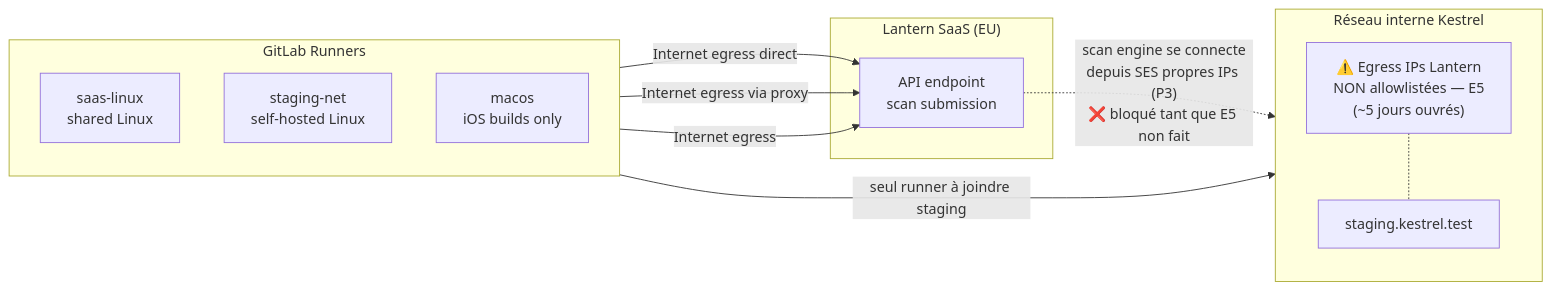
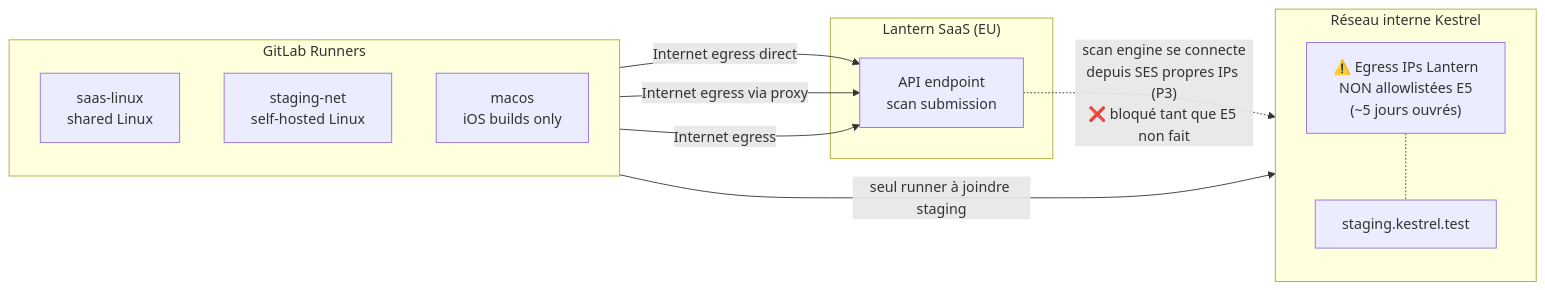
Before and after one commit to Ayoub-glitsh/lantern-kestrel-presales-assessment: the third of 6 diagrams in integration_design.md, drawn with Mermaid. The commit also changed other lines of this file, not shown here.

````diff
--- a/integration_design.md
+++ b/integration_design.md
@@ -149,29 +149,29 @@
 ```mermaid
     flowchart LR
     subgraph RUNNERS["GitLab Runners"]
         direction TB
         SL["saas-linux<br/>shared Linux"]
         SN["staging-net<br/>self-hosted Linux"]
         MAC["macos<br/>iOS builds only"]
     end
 
     subgraph LSaaS["Lantern SaaS (EU)"]
         API["API endpoint<br/>scan submission"]
     end
 
     subgraph STG["Réseau interne Kestrel"]
         direction TB
         TGT["staging.kestrel.test"]
-        WARN["⚠️ Egress IPs Lantern<br/>NON allowlistées — E5<br/>(~5 jours ouvrés)"]
+        WARN["⚠️ Egress IPs Lantern<br/>NON allowlistées  E5<br/>(~5 jours ouvrés)"]
     end
 
     SL -- "Internet egress direct" --> API
     SN -- "Internet egress via proxy" --> API
     MAC -- "Internet egress" --> API
 
     SN -- "seul runner à joindre staging" --> TGT
 
     API -. "scan engine se connecte<br/>depuis SES propres IPs (P3)<br/>❌ bloqué tant que E5 non fait" .-> TGT
 
     WARN -.- TGT
 ```
````
